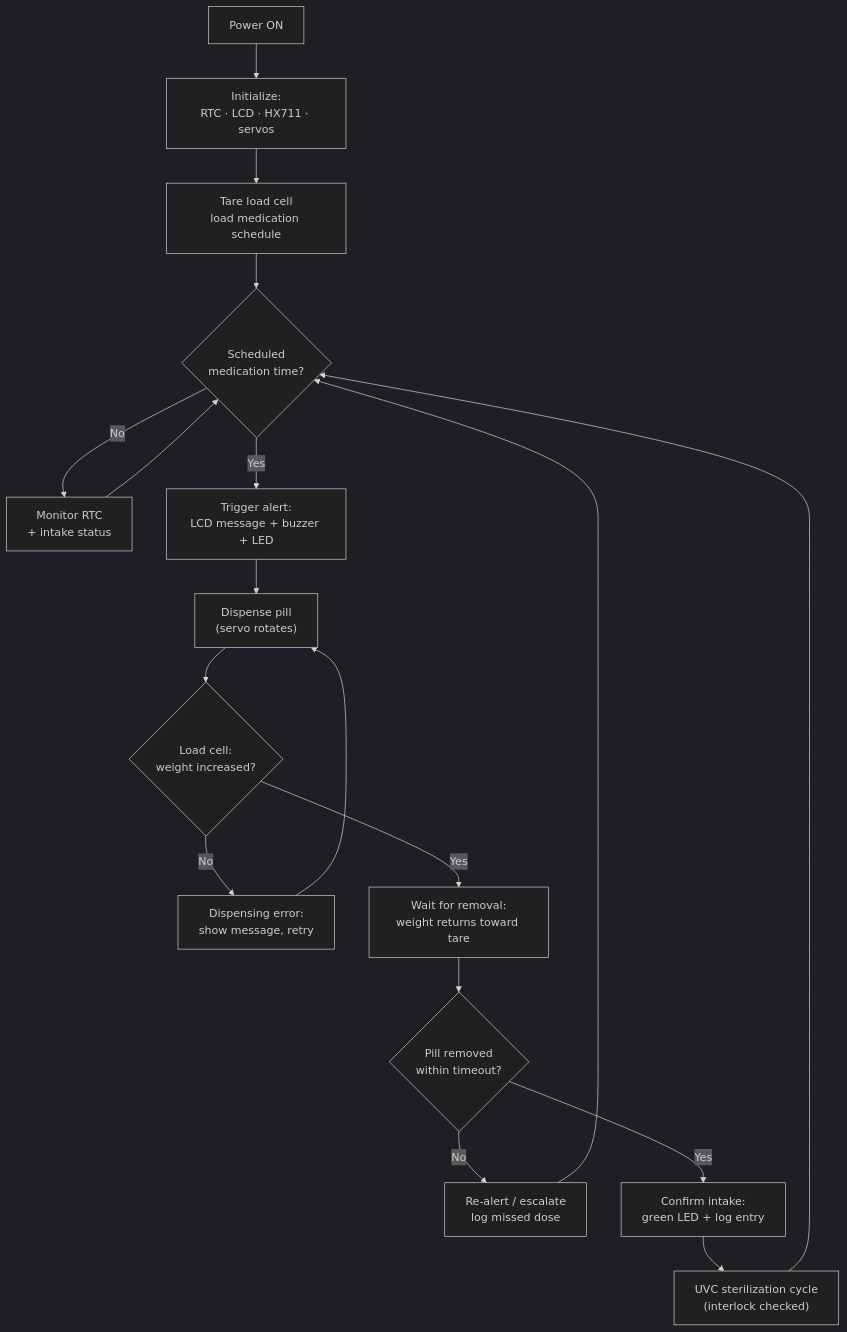
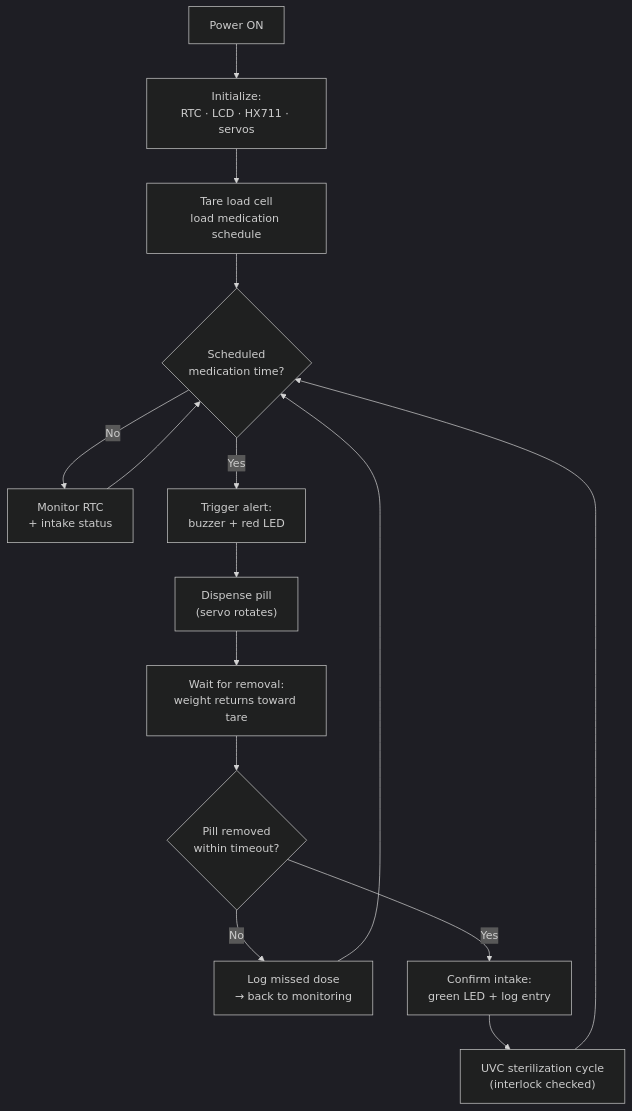
The diagram in docs/flowchart.md (qppd/pill-dispenser), drawn with Mermaid (dark theme) before and after one commit. The commit also changed other lines of this file and 14 other files, not shown here.

````diff
--- a/docs/flowchart.md
+++ b/docs/flowchart.md
@@ -7,18 +7,15 @@
 ```mermaid
 flowchart TD
     A["Power ON"] --> B["Initialize:<br/>RTC · LCD · HX711 · servos"]
     B --> C["Tare load cell<br/>load medication schedule"]
     C --> D{"Scheduled<br/>medication time?"}
     D -- "No" --> E["Monitor RTC<br/>+ intake status"] --> D
-    D -- "Yes" --> F["Trigger alert:<br/>LCD message + buzzer + LED"]
+    D -- "Yes" --> F["Trigger alert:<br/>buzzer + red LED"]
     F --> G["Dispense pill<br/>(servo rotates)"]
-    G --> H{"Load cell:<br/>weight increased?"}
-    H -- "No" --> I["Dispensing error:<br/>show message, retry"]
-    I --> G
-    H -- "Yes" --> J["Wait for removal:<br/>weight returns toward tare"]
+    G --> J["Wait for removal:<br/>weight returns toward tare"]
     J --> K{"Pill removed<br/>within timeout?"}
-    K -- "No" --> L["Re-alert / escalate<br/>log missed dose"] --> D
+    K -- "No" --> L["Log missed dose<br/>→ back to monitoring"] --> D
     K -- "Yes" --> M["Confirm intake:<br/>green LED + log entry"]
     M --> N["UVC sterilization cycle<br/>(interlock checked)"]
     N --> D
 ```
````
